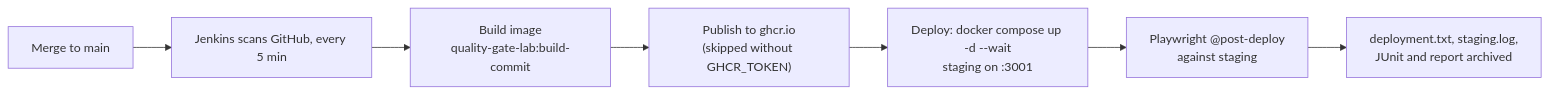
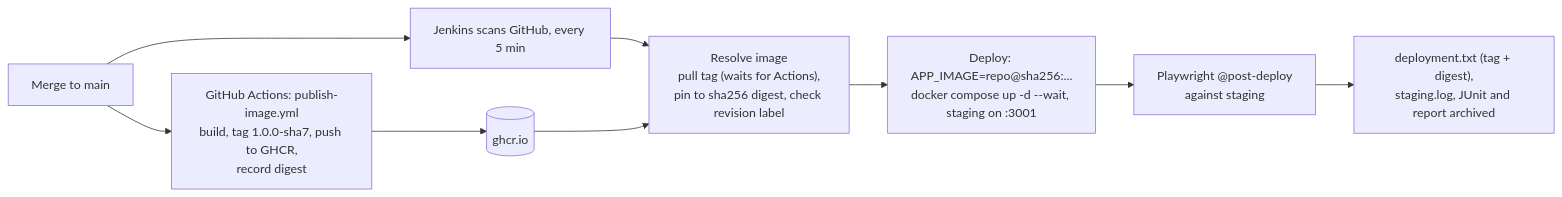
Before and after one commit to davidlescard/qg-post-merge-staging-jenkins: the diagram in README.md, drawn with Mermaid. The commit also changed other lines of this file and 7 other files, not shown here.

````diff
--- a/README.md
+++ b/README.md
@@ -12,9 +12,11 @@
 ```mermaid
 flowchart LR
-    M[Merge to main] --> J[Jenkins scans GitHub, every 5 min]
-    J --> B["Build image<br/>quality-gate-lab:build-commit"]
-    B --> P["Publish to ghcr.io<br/>(skipped without GHCR_TOKEN)"]
-    P --> D["Deploy: docker compose up -d --wait<br/>staging on :3001"]
+    M[Merge to main] --> A["GitHub Actions: publish-image.yml<br/>build, tag 1.0.0-sha7, push to GHCR,<br/>record digest"]
+    M --> J[Jenkins scans GitHub, every 5 min]
+    A --> G[(ghcr.io)]
+    J --> R["Resolve image<br/>pull tag (waits for Actions),<br/>pin to sha256 digest, check revision label"]
+    G --> R
+    R --> D["Deploy: APP_IMAGE=repo@sha256:...<br/>docker compose up -d --wait, staging on :3001"]
     D --> S["Playwright @post-deploy<br/>against staging"]
-    S --> R["deployment.txt, staging.log,<br/>JUnit and report archived"]
+    S --> O["deployment.txt (tag + digest),<br/>staging.log, JUnit and report archived"]
 ```
````
